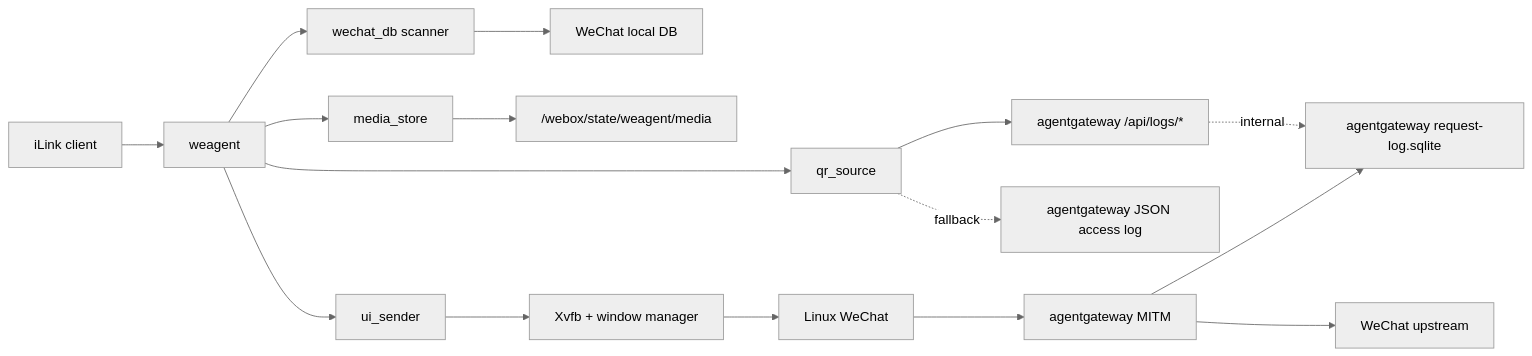
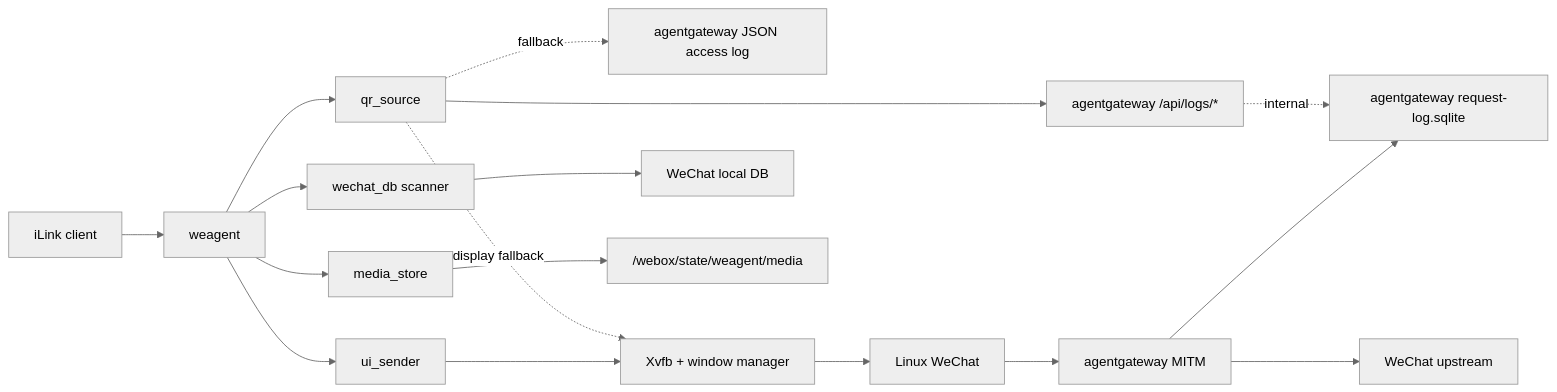
One commit to netcat-ai/webox changed the diagram in docs/architecture.md. Above: the diagram before and after it, drawn with Mermaid (neutral theme). The commit also changed other lines of this file and 11 other files, not shown here.

````diff
--- a/docs/architecture.md
+++ b/docs/architecture.md
@@ -26,22 +26,23 @@
 ```mermaid
 flowchart LR
   Client["iLink client"] --> Agent["weagent"]
 
   Agent --> QRSource["qr_source"]
   QRSource --> AGAPI["agentgateway /api/logs/*"]
   QRSource -. fallback .-> AGLOG["agentgateway JSON access log"]
+  QRSource -. display fallback .-> Display
   AGAPI -. internal .-> AGDB["agentgateway request-log.sqlite"]
 
   Agent --> DBScanner["wechat_db scanner"]
   DBScanner --> WXDB["WeChat local DB"]
 
   Agent --> UISender["ui_sender"]
   Agent --> MediaStore["media_store"]
   MediaStore --> MediaDir["/webox/state/weagent/media"]
   UISender --> Display["Xvfb + window manager"]
   Display --> WeChat["Linux WeChat"]
 
   WeChat --> AGW["agentgateway MITM"]
   AGW --> WXNet["WeChat upstream"]
   AGW --> AGDB
 ```
````
